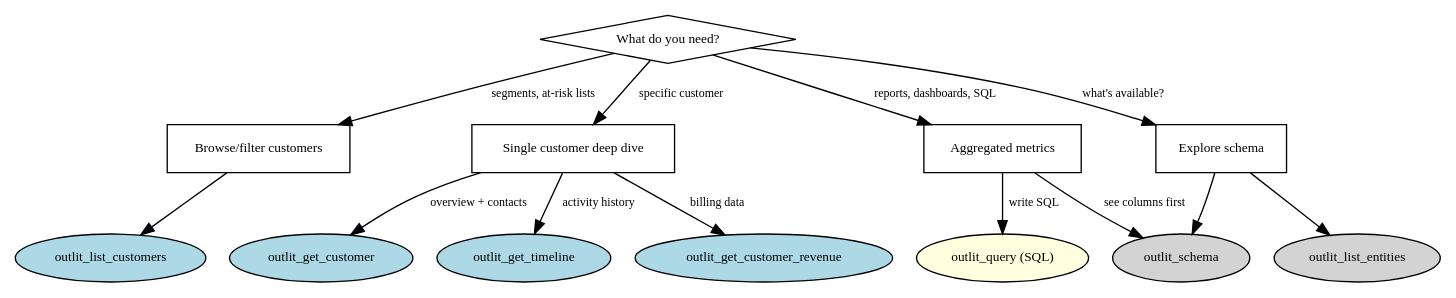
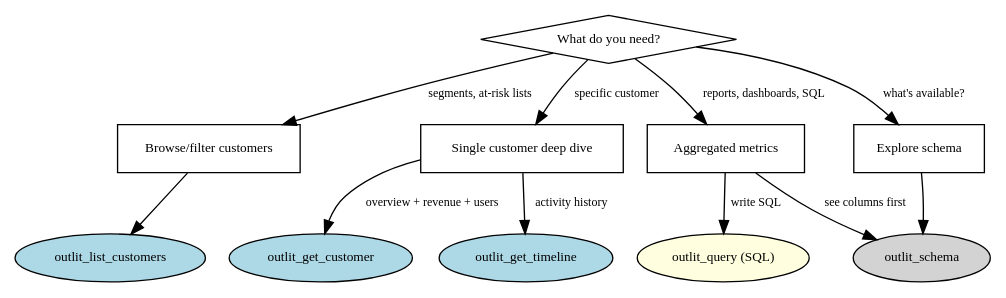
One commit to OutlitAI/outlit-agent-skills changed the second of 2 diagrams in skills/outlit-mcp/SKILL.md. Above: the diagram before and after it, drawn with Graphviz. The commit also changed other lines of this file and 5 other files, not shown here.

````diff
--- a/skills/outlit-mcp/SKILL.md
+++ b/skills/outlit-mcp/SKILL.md
@@ -84,41 +145,37 @@
 ```dot
 digraph tool_selection {
     rankdir=TB;
     node [shape=box fontsize=10];
     edge [fontsize=9];
 
     start [label="What do you need?" shape=diamond];
 
     // First level decisions
     list [label="Browse/filter customers"];
     single [label="Single customer deep dive"];
     aggregate [label="Aggregated metrics"];
     discover [label="Explore schema"];
 
     // Tool outcomes
     list_customers [label="outlit_list_customers" shape=ellipse style=filled fillcolor=lightblue];
     get_customer [label="outlit_get_customer" shape=ellipse style=filled fillcolor=lightblue];
     get_timeline [label="outlit_get_timeline" shape=ellipse style=filled fillcolor=lightblue];
-    get_revenue [label="outlit_get_customer_revenue" shape=ellipse style=filled fillcolor=lightblue];
     query [label="outlit_query (SQL)" shape=ellipse style=filled fillcolor=lightyellow];
     schema [label="outlit_schema" shape=ellipse style=filled fillcolor=lightgray];
-    list_entities [label="outlit_list_entities" shape=ellipse style=filled fillcolor=lightgray];
 
     start -> list [label="segments, at-risk lists"];
     start -> single [label="specific customer"];
     start -> aggregate [label="reports, dashboards, SQL"];
     start -> discover [label="what's available?"];
 
     list -> list_customers;
 
-    single -> get_customer [label="overview + contacts"];
+    single -> get_customer [label="overview + revenue + users"];
     single -> get_timeline [label="activity history"];
-    single -> get_revenue [label="billing data"];
 
     aggregate -> query [label="write SQL"];
     aggregate -> schema [label="see columns first"];
 
-    discover -> list_entities;
     discover -> schema;
 }
 ```
````
